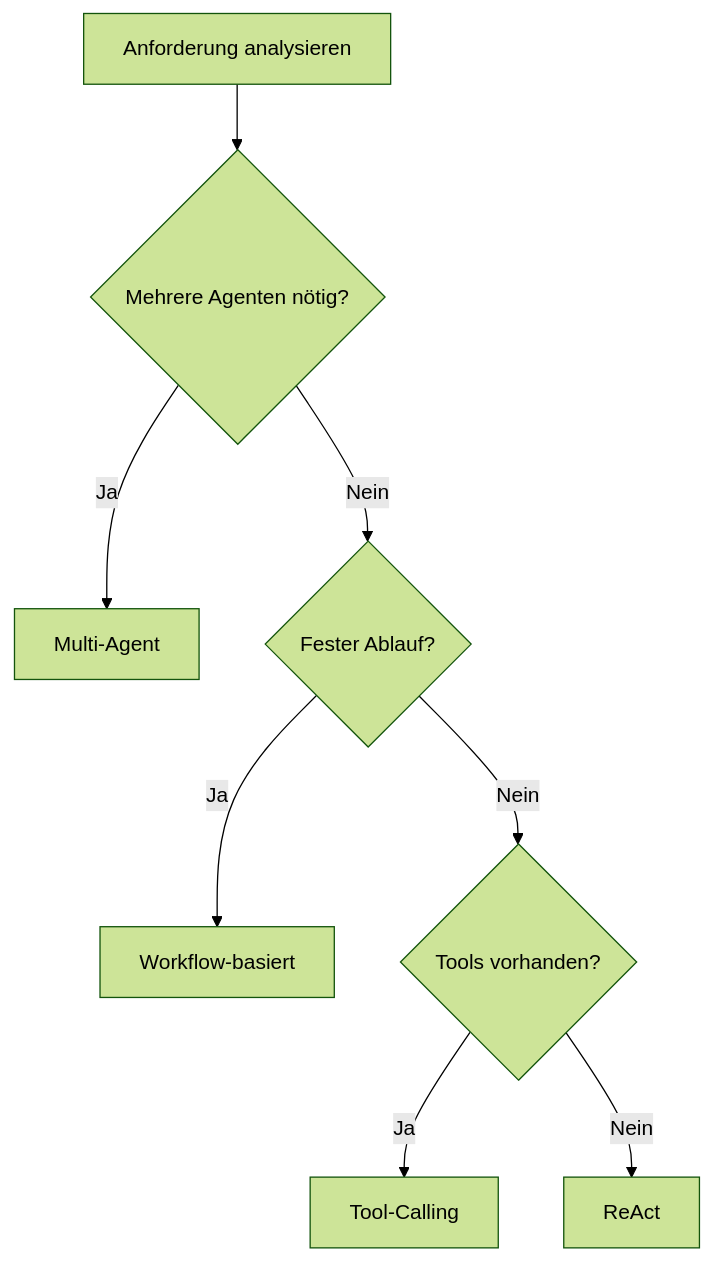
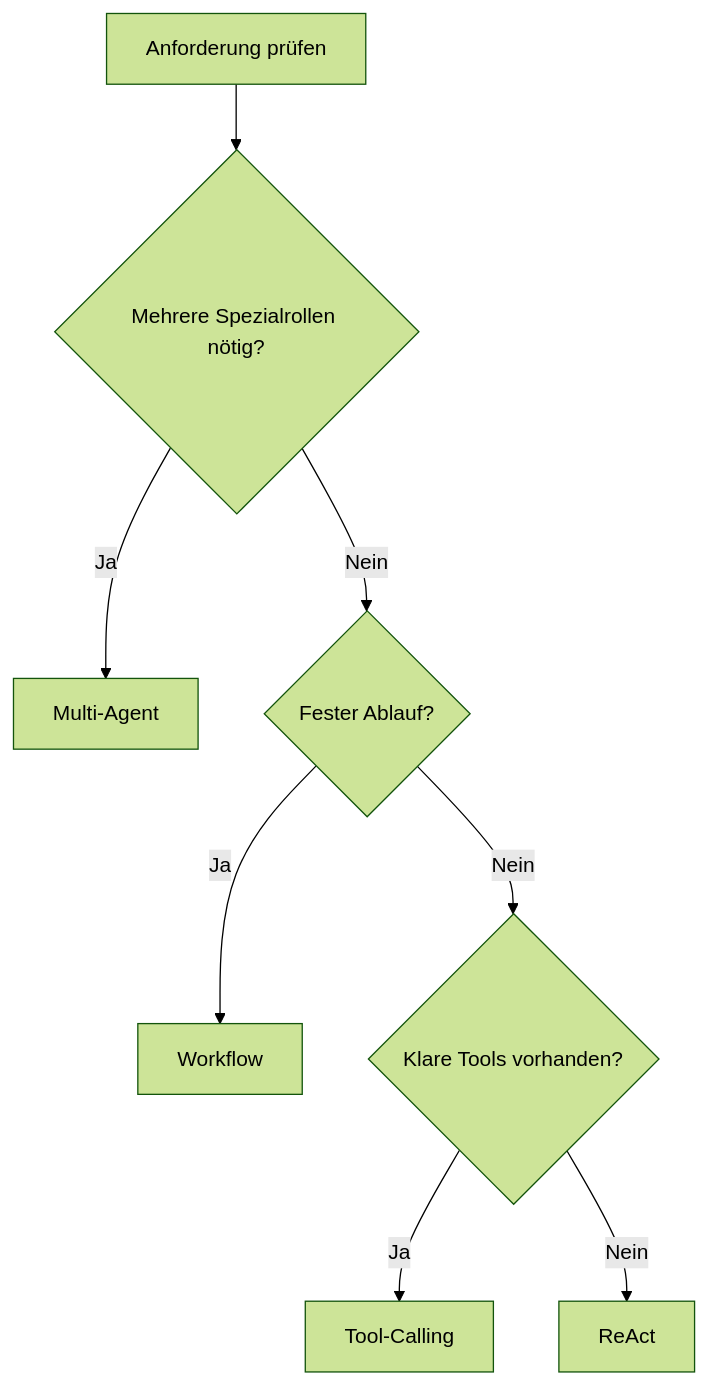
One commit to ralf-42/Agenten changed the fifth of 5 diagrams in docs/concepts/Agent_Architekturen.md. Above: the diagram before and after it, drawn with Mermaid (forest theme). The commit also changed other lines of this file and 15 other files, not shown here.

````diff
--- a/docs/concepts/Agent_Architekturen.md
+++ b/docs/concepts/Agent_Architekturen.md
@@ -380,10 +148,10 @@
 ```mermaid
 flowchart TD
-    A[Anforderung analysieren] --> B{Mehrere Agenten nötig?}
+    A[Anforderung prüfen] --> B{Mehrere Spezialrollen nötig?}
     B -->|Ja| C[Multi-Agent]
     B -->|Nein| D{Fester Ablauf?}
-    D -->|Ja| E[Workflow-basiert]
-    D -->|Nein| F{Tools vorhanden?}
+    D -->|Ja| E[Workflow]
+    D -->|Nein| F{Klare Tools vorhanden?}
     F -->|Ja| G[Tool-Calling]
     F -->|Nein| H[ReAct]
 ```
````
